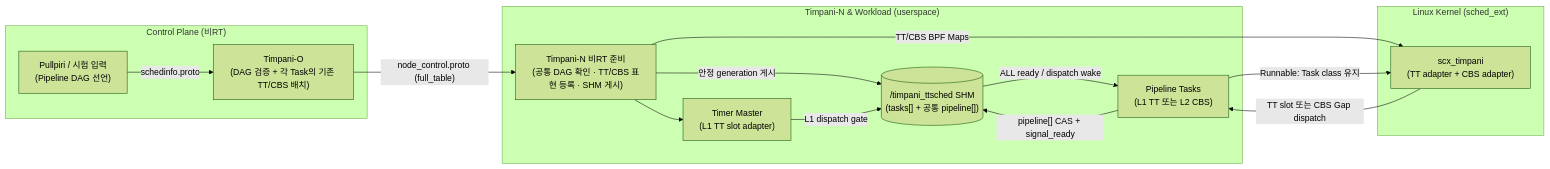
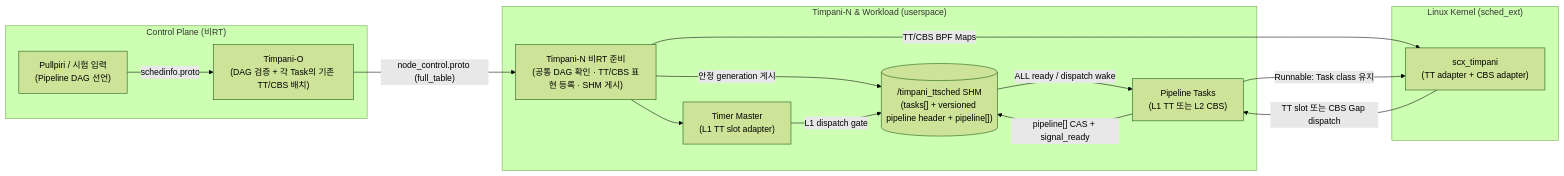
Before and after one commit to eclipse-timpani/timpani26: the first of 4 diagrams in doc/design/kor/HLD-009-data-driven-workload.md, drawn with Mermaid (forest theme). The commit also changed other lines of this file and 9 other files, not shown here.

````diff
--- a/doc/design/kor/HLD-009-data-driven-workload.md
+++ b/doc/design/kor/HLD-009-data-driven-workload.md
@@ -20,29 +20,29 @@
 ```mermaid
 flowchart LR
     subgraph ControlPlane["Control Plane (비RT)"]
         IN["Pullpiri / 시험 입력<br/>(Pipeline DAG 선언)"]
         TO["Timpani-O<br/>(DAG 검증 + 각 Task의 기존 TT/CBS 배치)"]
     end
 
     subgraph NodeUserspace["Timpani-N & Workload (userspace)"]
         TN_PREP["Timpani-N 비RT 준비<br/>(공통 DAG 확인 · TT/CBS 표현 등록 · SHM 게시)"]
         TM["Timer Master<br/>(L1 TT slot adapter)"]
-        SHM[("/timpani_ttsched SHM<br/>(tasks[] + 공통 pipeline[])")]
+        SHM[("/timpani_ttsched SHM<br/>(tasks[] + versioned pipeline header + pipeline[])")]
         TASKS["Pipeline Tasks<br/>(L1 TT 또는 L2 CBS)"]
     end
 
     subgraph KernelSpace["Linux Kernel (sched_ext)"]
         BPF["scx_timpani<br/>(TT adapter + CBS adapter)"]
     end
 
     IN -->|"schedinfo.proto"| TO
     TO -->|"node_control.proto (full_table)"| TN_PREP
     TN_PREP --> TM
     TN_PREP -->|"TT/CBS BPF Maps"| BPF
     TN_PREP -->|"안정 generation 게시"| SHM
     TM -->|"L1 dispatch gate"| SHM
     SHM -->|"ALL ready / dispatch wake"| TASKS
     TASKS -->|"pipeline[] CAS + signal_ready"| SHM
     TASKS -->|"Runnable: Task class 유지"| BPF
     BPF -->|"TT slot 또는 CBS Gap dispatch"| TASKS
 ```
````
